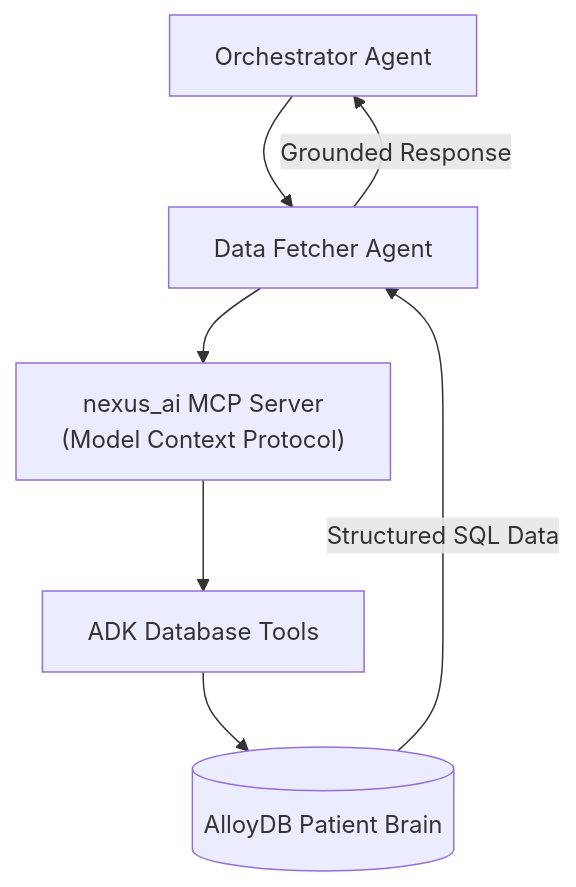
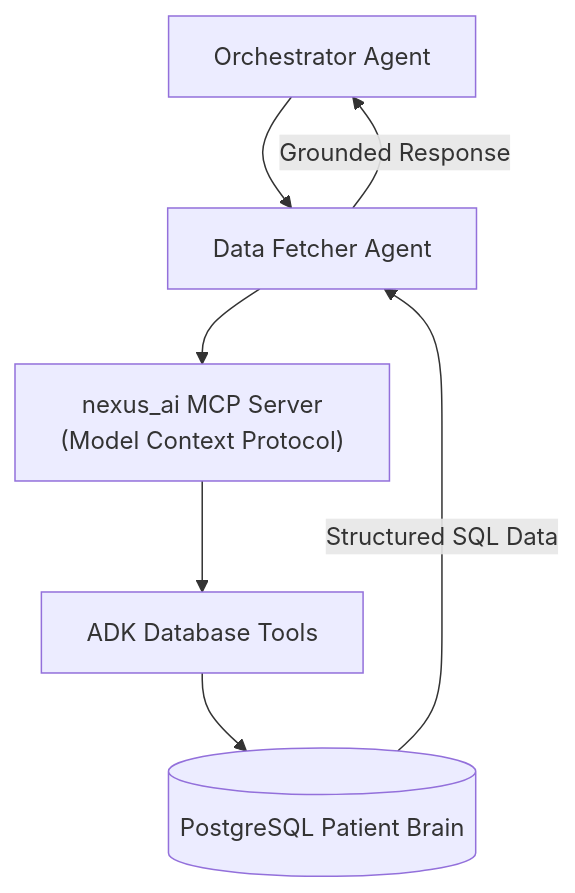
The diagram in docs/Agent_Digrams/data_fetcher_agent.md (shreeshbhat04-ctrl/NEXUS-AI-), drawn with Mermaid before and after one commit. The commit also changed other lines of this file and 134 other files, not shown here.

````diff
--- a/docs/Agent_Digrams/data_fetcher_agent.md
+++ b/docs/Agent_Digrams/data_fetcher_agent.md
@@ -16,10 +16,10 @@
 ```mermaid
 graph TD
     OA["Orchestrator Agent"] --> DFA["Data Fetcher Agent"]
     DFA --> MCP["nexus_ai MCP Server<br/>(Model Context Protocol)"]
     MCP --> ADK["ADK Database Tools"]
-    ADK --> DB[("AlloyDB Patient Brain")]
+    ADK --> DB[("PostgreSQL Patient Brain")]
     
     DB -->|"Structured SQL Data"| DFA
     DFA -->|"Grounded Response"| OA
 ```
````
